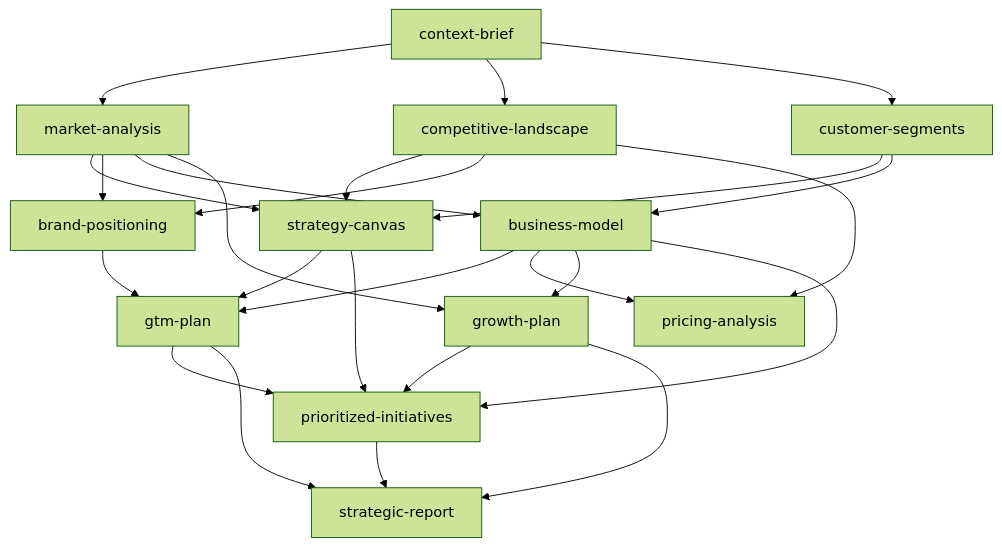
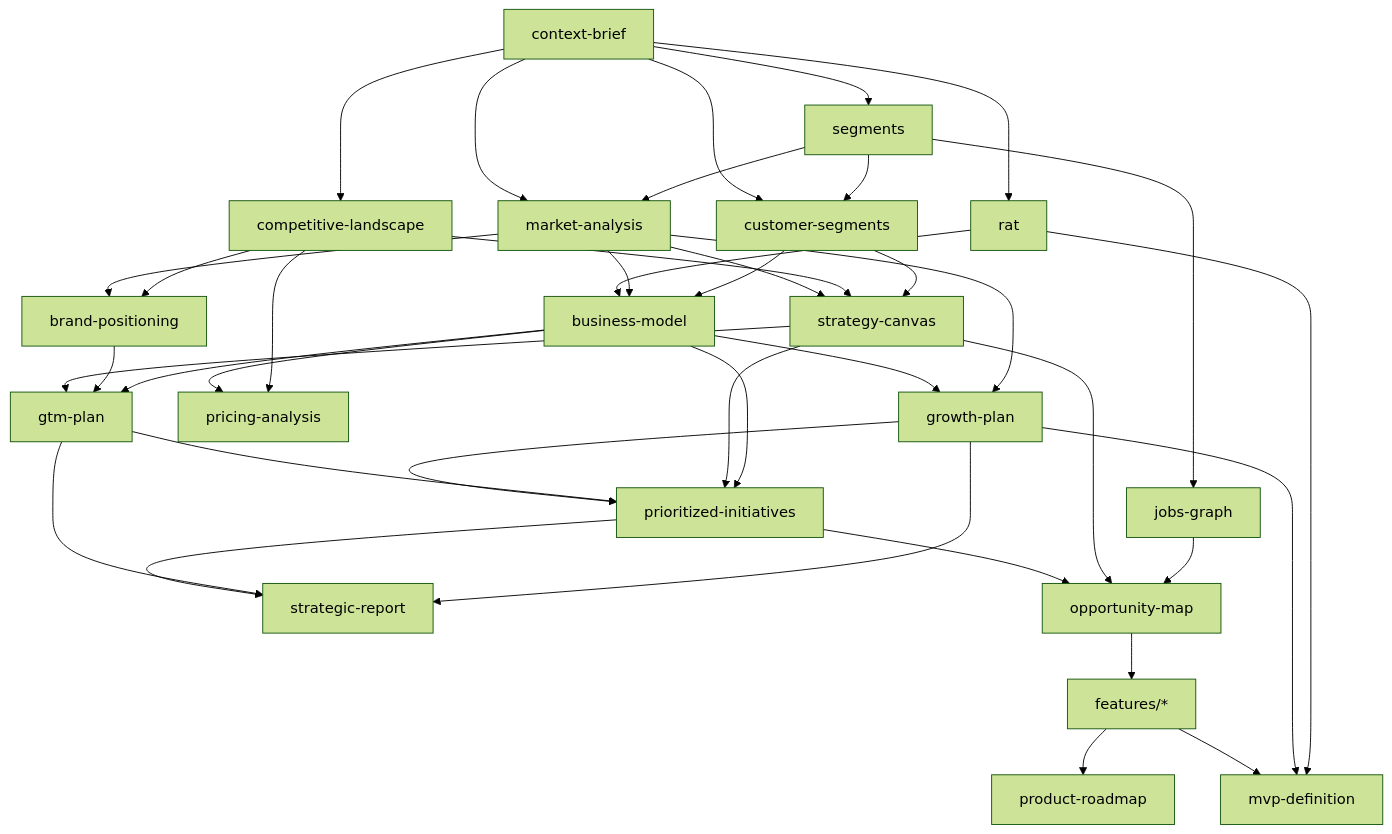
Before and after one commit to tundraray/overture: the diagram in strategy/skills/strategy-documentation-criteria/SKILL.md, drawn with Mermaid (forest theme). The commit also changed other lines of this file and 52 other files, not shown here.

````diff
--- a/strategy/skills/strategy-documentation-criteria/SKILL.md
+++ b/strategy/skills/strategy-documentation-criteria/SKILL.md
@@ -41,27 +54,41 @@
 ```mermaid
 graph TD
     CB[context-brief] --> MA[market-analysis]
     CB --> CL[competitive-landscape]
     CB --> CS[customer-segments]
+    CB --> RAT[rat]
+    CB --> SEG[segments]
+    SEG --> JG[jobs-graph]
+    RAT --> BM
+    SEG --> CS
+    SEG --> MA
     MA --> SC[strategy-canvas]
     CL --> SC
     CS --> SC
     MA --> BP[brand-positioning]
     CL --> BP
     MA --> BM[business-model]
     CS --> BM
     SC --> GTM[gtm-plan]
     BP --> GTM
     BM --> GTM
     BM --> PA[pricing-analysis]
     CL --> PA
     BM --> GP[growth-plan]
     MA --> GP
     GP --> PI[prioritized-initiatives]
     GTM --> PI
     SC --> PI
     BM --> PI
     PI --> SR[strategic-report]
     GTM --> SR
     GP --> SR
+    PI --> OM[opportunity-map]
+    SC --> OM
+    JG --> OM
+    OM --> FS[features/*]
+    FS --> PR[product-roadmap]
+    FS --> MVP[mvp-definition]
+    GP --> MVP
+    RAT --> MVP
 ```
````
